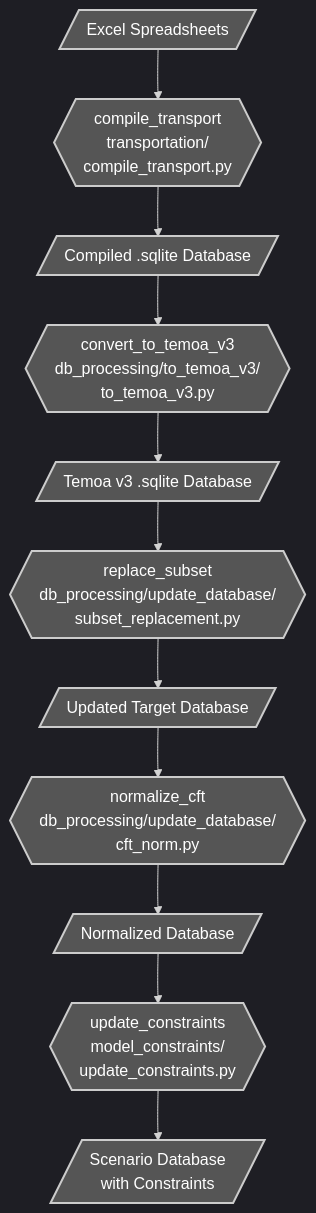
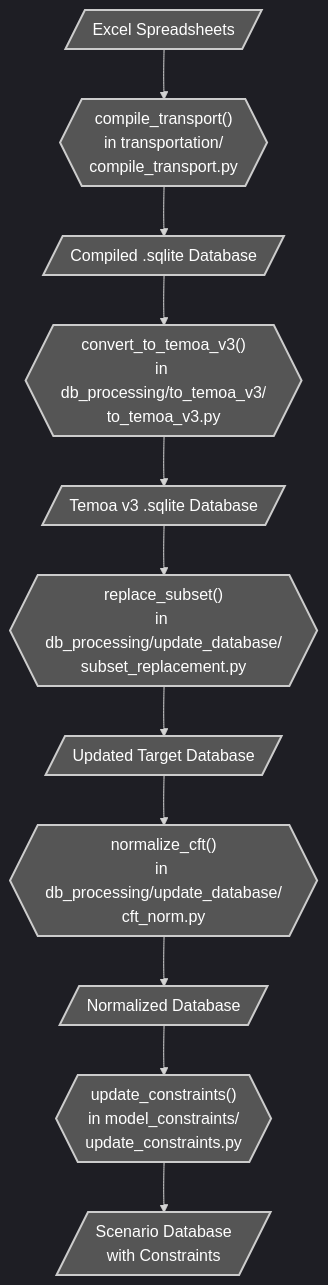
Before and after one commit to CANOE-main/canoe-transportation: the diagram in README.md, drawn with Mermaid. The commit also changed other lines of this file and 7 other files, not shown here.

````diff
--- a/README.md
+++ b/README.md
@@ -76,49 +76,49 @@
 ```mermaid
 %%{init: {'theme':'dark'}}%%
 flowchart TD
     %% Data files as rectangles
     A[/"Excel Spreadsheets"/]:::datafile
     C[/"Compiled .sqlite Database"/]:::datafile
     E[/"Temoa v3 .sqlite Database"/]:::datafile
     G[/"Updated Target Database"/]:::datafile
     I[/"Normalized Database"/]:::datafile
     K[/"Scenario Database<br/>with Constraints"/]:::datafile
 
     %% Functions as processes
-    B{{compile_transport<br/>transportation/<br/>compile_transport.py}}:::process
-    D{{convert_to_temoa_v3<br/>db_processing/to_temoa_v3/<br/>to_temoa_v3.py}}:::process
-    F{{replace_subset<br/>db_processing/update_database/<br/>subset_replacement.py}}:::process
-    H{{normalize_cft<br/>db_processing/update_database/<br/>cft_norm.py}}:::process
-    J{{update_constraints<br/>model_constraints/<br/>update_constraints.py}}:::process
+    B{{"compile_transport()<br/>in transportation/<br/>compile_transport.py"}}:::process
+    D{{"convert_to_temoa_v3()<br/>in db_processing/to_temoa_v3/<br/>to_temoa_v3.py"}}:::process
+    F{{"replace_subset()<br/>in db_processing/update_database/<br/>subset_replacement.py"}}:::process
+    H{{"normalize_cft()<br/>in db_processing/update_database/<br/>cft_norm.py"}}:::process
+    J{{"update_constraints()<br/>in model_constraints/<br/>update_constraints.py"}}:::process
 
     %% Flow
     A --> B
     B --> C
     C --> D
     D --> E
     E --> F
     F --> G
     G --> H
     H --> I
     I --> J
     J --> K
 
     %% Styles
     classDef datafile fill:#555555,stroke-width:2px,color:#ffffff;
     classDef process fill:#555555,stroke-width:2px,color:#ffffff;
 
     %% Interactivity (hover titles)
     A:::datafile
     C:::datafile
     E:::datafile
     G:::datafile
     I:::datafile
     K:::datafile
 
     B:::process
     D:::process
     F:::process
     H:::process
     J:::process
 
 ```
````
